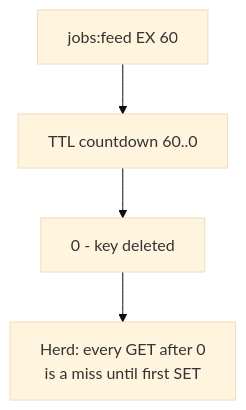
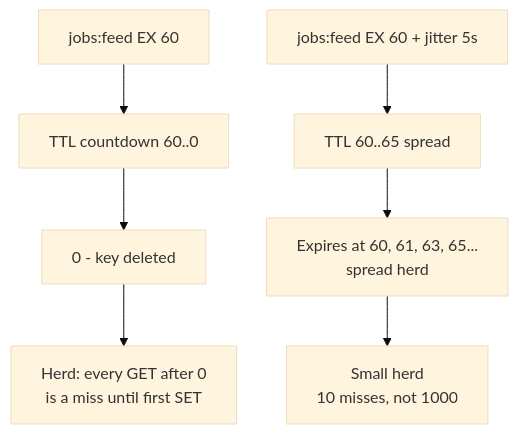
One commit to labeebahmad201/knowledge-base changed the fourth of 9 diagrams in docs/software-engineering/cache-stampede.md. Above: the diagram before and after it, drawn with Mermaid (base theme). The commit also changed other lines of this file, not shown here.

Commit message:
docs: fix cache stampede feedback - p95, jitter, error handling, backoff

````diff
--- a/docs/software-engineering/cache-stampede.md
+++ b/docs/software-engineering/cache-stampede.md
@@ -101,6 +110,9 @@
 ```mermaid
 graph TD
   KEY["jobs:feed EX 60"] --> T["TTL countdown 60..0"]
   T --> ZERO["0 - key deleted"]
   ZERO --> HERD["Herd: every GET after 0<br/>is a miss until first SET"]
+  KEY2["jobs:feed EX 60 + jitter 5s"] --> T2["TTL 60..65 spread"]
+  T2 --> ZERO2["Expires at 60, 61, 63, 65...<br/>spread herd"]
+  ZERO2 --> SMALL["Small herd<br/>10 misses, not 1000"]
 ```
````
